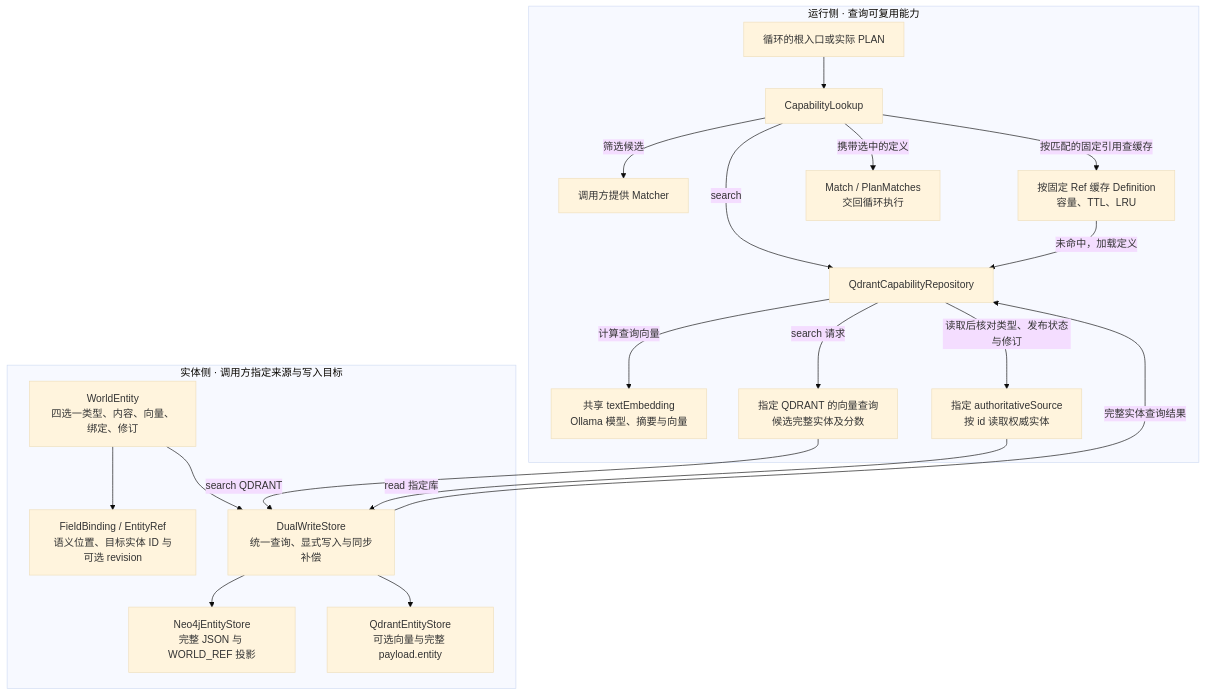
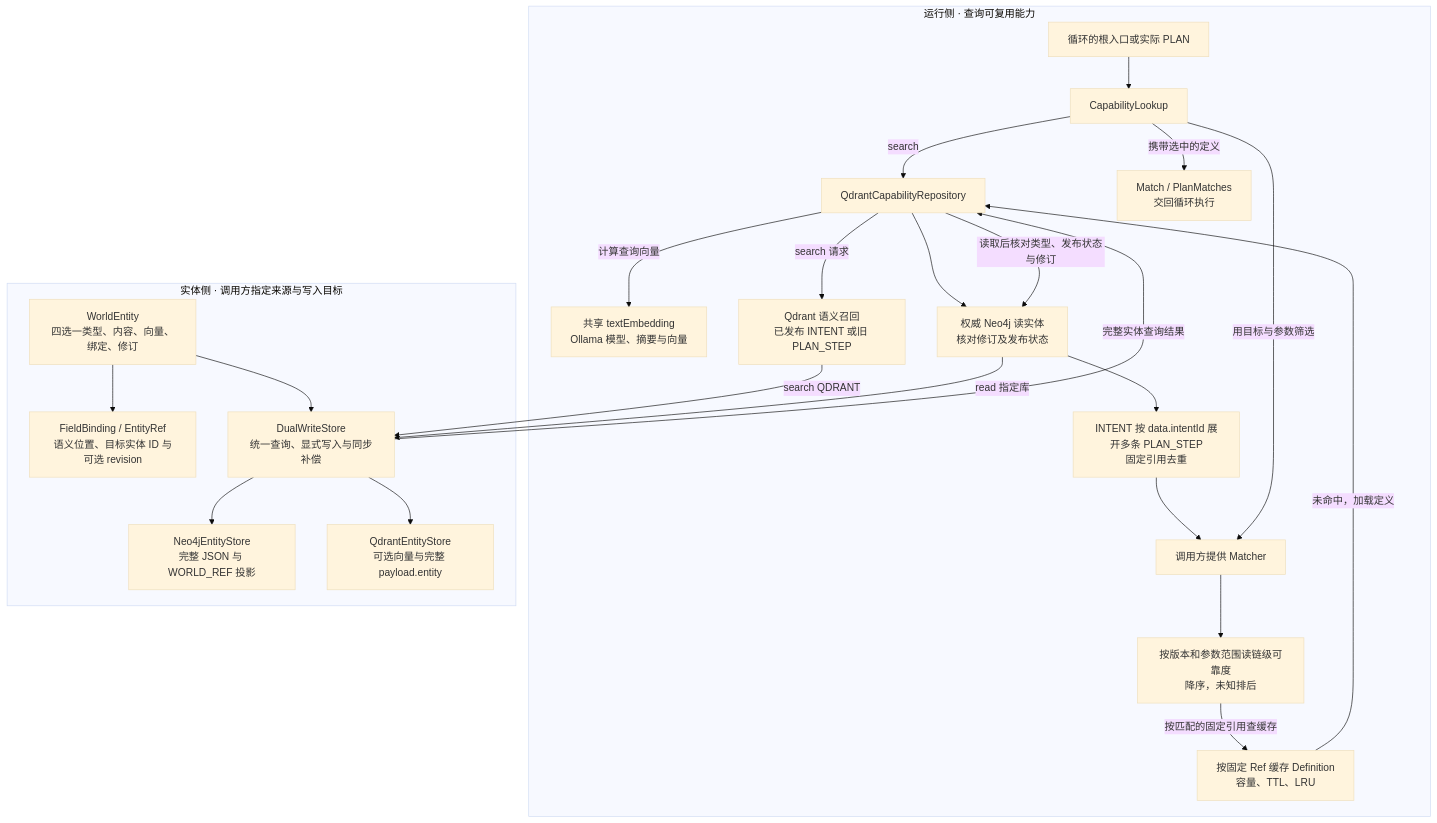
Before and after one commit to lingdehui/myhelper: the ninth of 10 diagrams in docs/completed/已实现架构图.md, drawn with Mermaid (base theme). The commit also changed other lines of this file and 4 other files, not shown here.

````diff
--- a/docs/completed/已实现架构图.md
+++ b/docs/completed/已实现架构图.md
@@ -275,37 +322,43 @@
 ```mermaid
 flowchart TB
     subgraph Search["运行侧 · 查询可复用能力"]
         O["循环的根入口或实际 PLAN"]
         L["CapabilityLookup"]
         R["QdrantCapabilityRepository"]
         E["共享 textEmbedding<br/>Ollama 模型、摘要与向量"]
         M["调用方提供 Matcher"]
-        V["指定 QDRANT 的向量查询<br/>候选完整实体及分数"]
-        A["指定 authoritativeSource<br/>按 id 读取权威实体"]
+        V["Qdrant 语义召回<br/>已发布 INTENT 或旧 PLAN_STEP"]
+        A["权威 Neo4j 读实体<br/>核对修订及发布状态"]
+        I["INTENT 按 data.intentId 展开多条 PLAN_STEP<br/>固定引用去重"]
+        Score["按版本和参数范围读链级可靠度<br/>降序，未知排后"]
         K["按固定 Ref 缓存 Definition<br/>容量、TTL、LRU"]
         P["Match / PlanMatches<br/>交回循环执行"]
         O --> L
         L -->|search| R
         R -->|计算查询向量| E
         R -->|search 请求| V
-        L -->|筛选候选| M
-        L -->|按匹配的固定引用查缓存| K
+        R --> A
+        A --> I
+        I --> M
+        L -->|用目标与参数筛选| M
+        M --> Score
+        Score -->|按匹配的固定引用查缓存| K
         K -->|未命中，加载定义| R
         R -->|读取后核对类型、发布状态与修订| A
         L -->|携带选中的定义| P
     end
     subgraph Store["实体侧 · 调用方指定来源与写入目标"]
         W["WorldEntity<br/>四选一类型、内容、向量、绑定、修订"]
         B["FieldBinding / EntityRef<br/>语义位置、目标实体 ID 与可选 revision"]
         D["DualWriteStore<br/>统一查询、显式写入与同步补偿"]
         N["Neo4jEntityStore<br/>完整 JSON 与 WORLD_REF 投影"]
         Q["QdrantEntityStore<br/>可选向量与完整 payload.entity"]
         W --> B
         W --> D
         D --> N
         D --> Q
     end
     V -->|search QDRANT| D
     A -->|read 指定库| D
     D -->|完整实体查询结果| R
 ```
````
